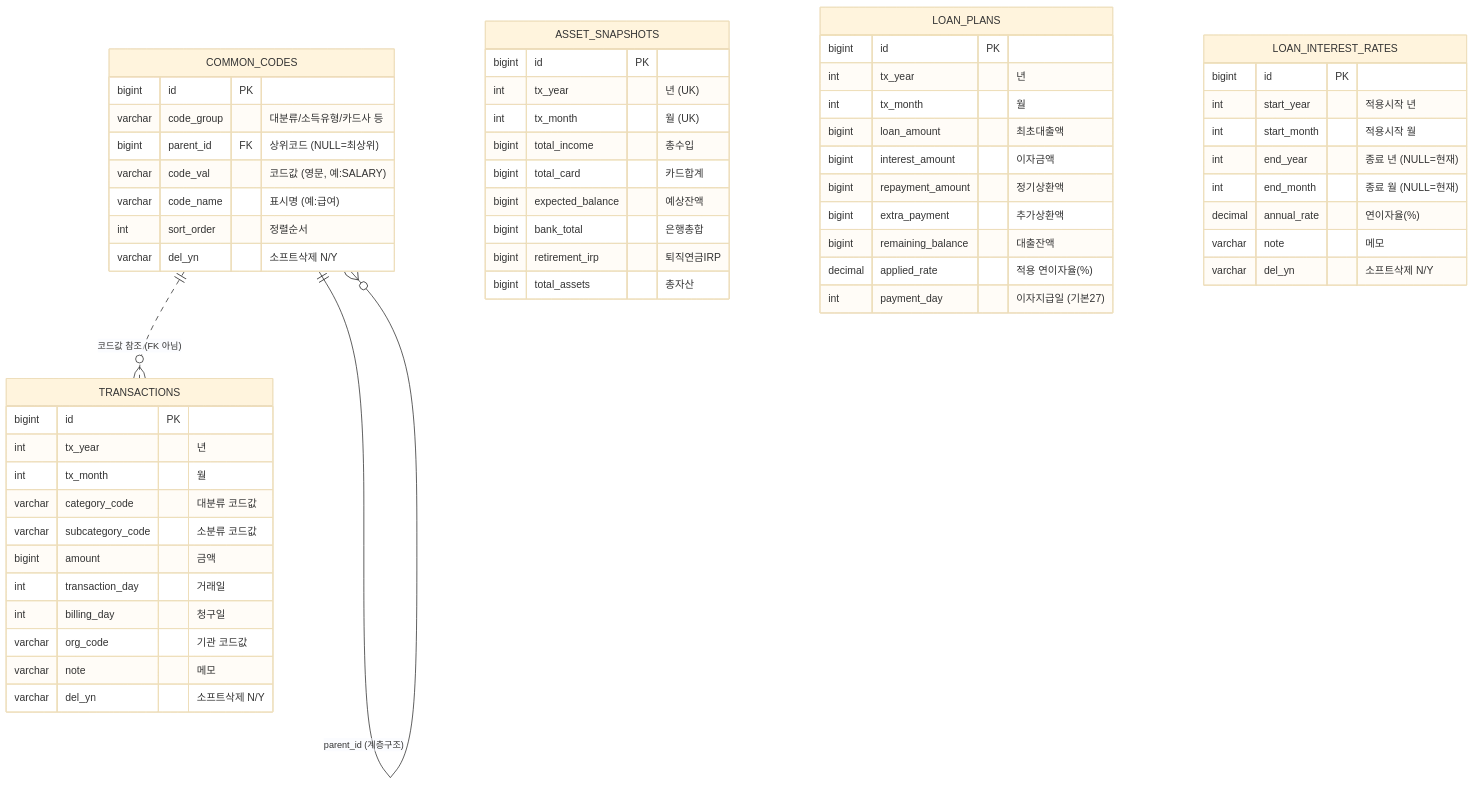
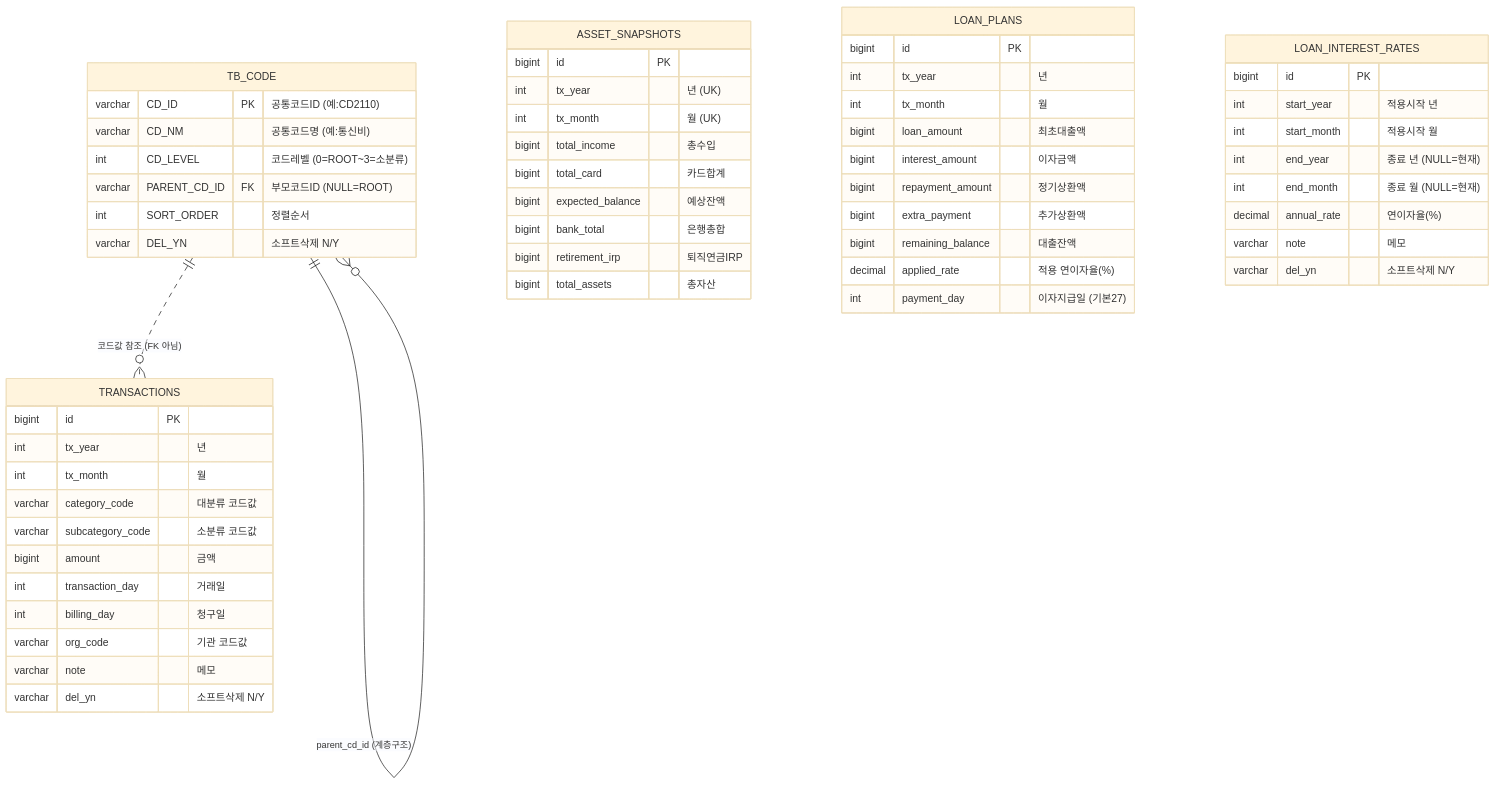
The diagram in ERD.md (yeonzii/finance-app), drawn with Mermaid (base theme) before and after one commit. The commit also changed other lines of this file and 4 other files, not shown here.

````diff
--- a/ERD.md
+++ b/ERD.md
@@ -8,65 +8,64 @@
 ```mermaid
 erDiagram
-    COMMON_CODES ||--o{ COMMON_CODES : "parent_id (계층구조)"
-    COMMON_CODES ||..o{ TRANSACTIONS : "코드값 참조 (FK 아님)"
+    TB_CODE ||--o{ TB_CODE : "parent_cd_id (계층구조)"
+    TB_CODE ||..o{ TRANSACTIONS : "코드값 참조 (FK 아님)"
 
-    COMMON_CODES {
-        bigint id PK
-        varchar code_group "대분류/소득유형/카드사 등"
-        bigint parent_id FK "상위코드 (NULL=최상위)"
-        varchar code_val "코드값 (영문, 예:SALARY)"
-        varchar code_name "표시명 (예:급여)"
-        int sort_order "정렬순서"
-        varchar del_yn "소프트삭제 N/Y"
+    TB_CODE {
+        varchar CD_ID PK "공통코드ID (예:CD2110)"
+        varchar CD_NM "공통코드명 (예:통신비)"
+        int CD_LEVEL "코드레벨 (0=ROOT~3=소분류)"
+        varchar PARENT_CD_ID FK "부모코드ID (NULL=ROOT)"
+        int SORT_ORDER "정렬순서"
+        varchar DEL_YN "소프트삭제 N/Y"
     }
 
     TRANSACTIONS {
         bigint id PK
         int tx_year "년"
         int tx_month "월"
         varchar category_code "대분류 코드값"
         varchar subcategory_code "소분류 코드값"
         bigint amount "금액"
         int transaction_day "거래일"
         int billing_day "청구일"
         varchar org_code "기관 코드값"
         varchar note "메모"
         varchar del_yn "소프트삭제 N/Y"
     }
 
     ASSET_SNAPSHOTS {
         bigint id PK
         int tx_year "년 (UK)"
         int tx_month "월 (UK)"
         bigint total_income "총수입"
         bigint total_card "카드합계"
         bigint expected_balance "예상잔액"
         bigint bank_total "은행총합"
         bigint retirement_irp "퇴직연금IRP"
         bigint total_assets "총자산"
     }
 
     LOAN_PLANS {
         bigint id PK
         int tx_year "년"
         int tx_month "월"
         bigint loan_amount "최초대출액"
         bigint interest_amount "이자금액"
         bigint repayment_amount "정기상환액"
         bigint extra_payment "추가상환액"
         bigint remaining_balance "대출잔액"
         decimal applied_rate "적용 연이자율(%)"
         int payment_day "이자지급일 (기본27)"
     }
 
     LOAN_INTEREST_RATES {
         bigint id PK
         int start_year "적용시작 년"
         int start_month "적용시작 월"
         int end_year "종료 년 (NULL=현재)"
         int end_month "종료 월 (NULL=현재)"
         decimal annual_rate "연이자율(%)"
         varchar note "메모"
         varchar del_yn "소프트삭제 N/Y"
     }
 ```
````
